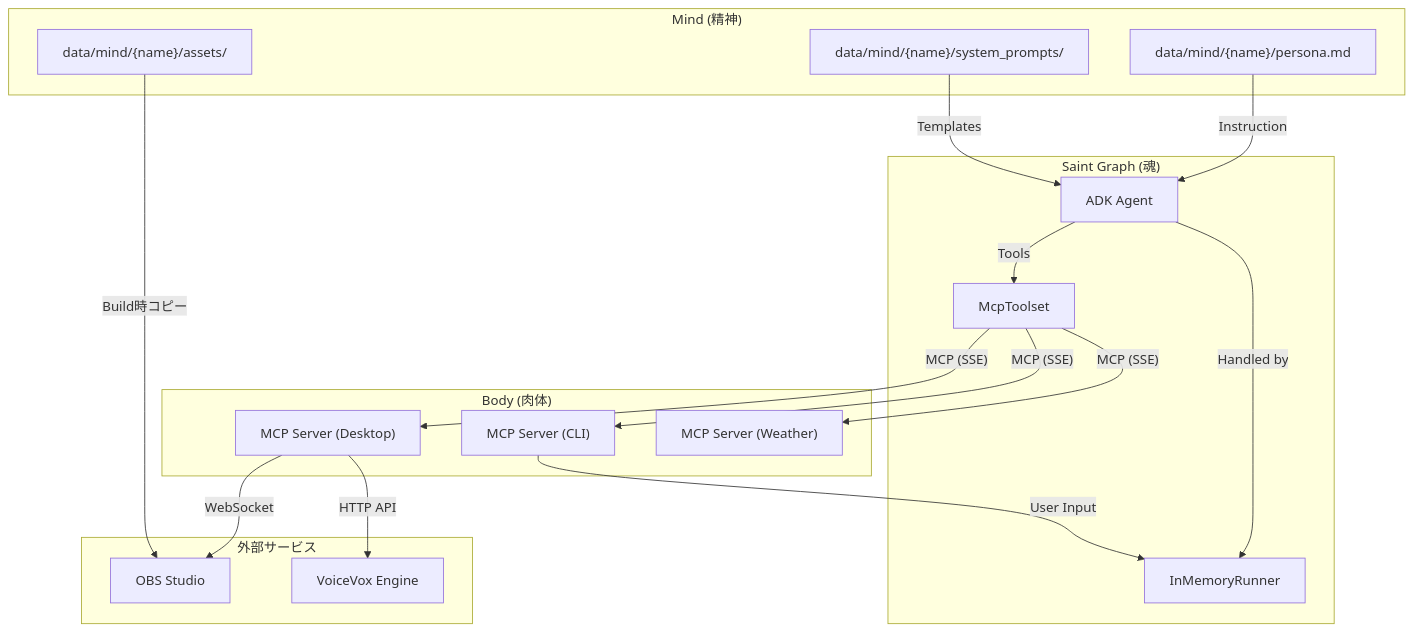
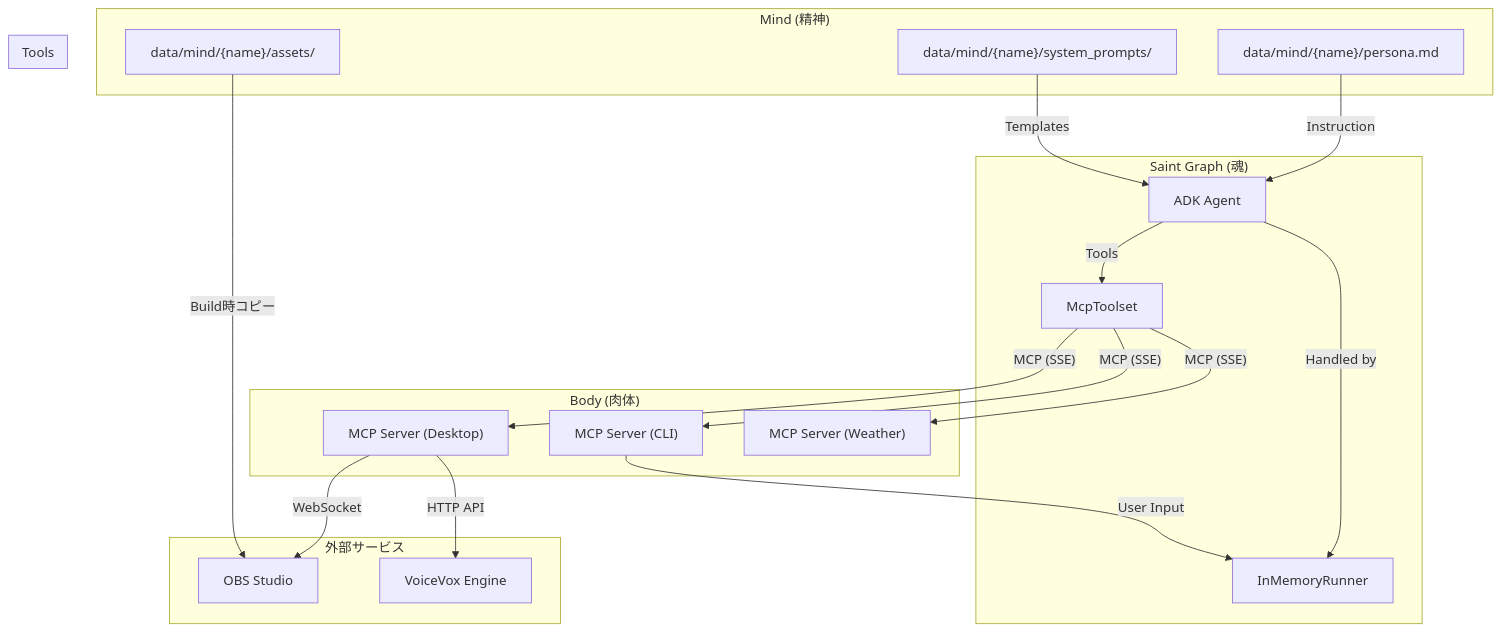
Before and after one commit to koduki/ai-tuber: the diagram in docs/ARCHITECTURE.md, drawn with Mermaid. The commit also changed other lines of this file and 13 other files, not shown here.

````diff
--- a/docs/ARCHITECTURE.md
+++ b/docs/ARCHITECTURE.md
@@ -9,39 +9,43 @@
 ```mermaid
 graph TD
   subgraph Mind ["Mind (精神)"]
     Persona["data/mind/{name}/persona.md"]
     Prompts["data/mind/{name}/system_prompts/"]
     Assets["data/mind/{name}/assets/"]
   end
 
   subgraph SaintGraph ["Saint Graph (魂)"]
     Agent["ADK Agent"]
     Runner["InMemoryRunner"]
     Toolset["McpToolset"]
   end
 
   subgraph BodyServices ["Body (肉体)"]
     ServerDesktop["MCP Server (Desktop)"]
     ServerCLI["MCP Server (CLI)"]
     ServerWeather["MCP Server (Weather)"]
+  end
+
+  subgraph Tools ["Tools"]
+    ServerWeather
   end
   
   subgraph ExternalServices ["外部サービス"]
     OBS["OBS Studio"]
     VoiceVox["VoiceVox Engine"]
   end
 
   Persona -- "Instruction" --> Agent
   Prompts -- "Templates" --> Agent
   Agent -- "Handled by" --> Runner
   Agent -- "Tools" --> Toolset
   Toolset -- "MCP (SSE)" --> ServerDesktop
   Toolset -- "MCP (SSE)" --> ServerCLI
   Toolset -- "MCP (SSE)" --> ServerWeather
   
   ServerDesktop -- "HTTP API" --> VoiceVox
   ServerDesktop -- "WebSocket" --> OBS
   Assets -- "Build時コピー" --> OBS
   
   ServerCLI -- "User Input" --> Runner
 ```
````
